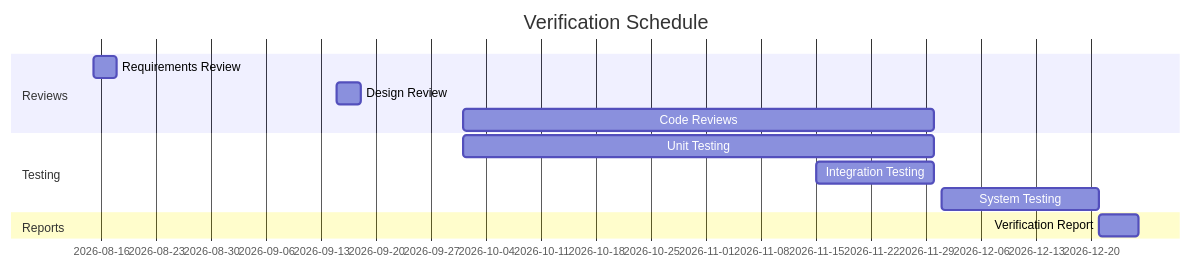
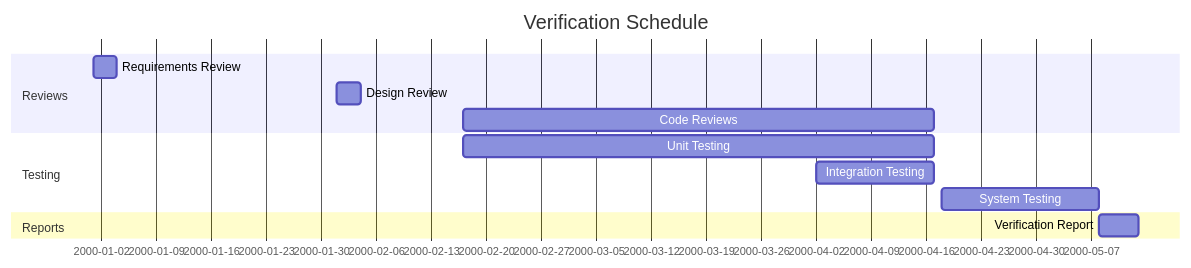
One commit to oat431/swe-knowledge changed the diagram in document-template/13_Testing_and_Verification/Verification-Plan.md. Above: the diagram before and after it, drawn with Mermaid. The commit also changed 56 other files, not shown here.

````diff
--- a/document-template/13_Testing_and_Verification/Verification-Plan.md
+++ b/document-template/13_Testing_and_Verification/Verification-Plan.md
@@ -61,15 +61,16 @@
 ```mermaid
 gantt
     title Verification Schedule
     dateFormat YYYY-MM-DD
+    %% Placeholder schedule: base 2000-01-01 = project start; recompute real dates when instantiating
     section Reviews
-    Requirements Review    :a1, 2026-08-15, 3d
-    Design Review          :a2, 2026-09-15, 3d
-    Code Reviews           :a3, 2026-10-01, 60d
+    Requirements Review    :a1, 2000-01-01, 3d
+    Design Review          :a2, 2000-02-01, 3d
+    Code Reviews           :a3, 2000-02-17, 60d
     section Testing
-    Unit Testing           :b1, 2026-10-01, 60d
-    Integration Testing    :b2, 2026-11-15, 15d
-    System Testing         :b3, 2026-12-01, 20d
+    Unit Testing           :b1, 2000-02-17, 60d
+    Integration Testing    :b2, 2000-04-02, 15d
+    System Testing         :b3, 2000-04-18, 20d
     section Reports
     Verification Report    :c1, after b3, 5d
 ```
````
